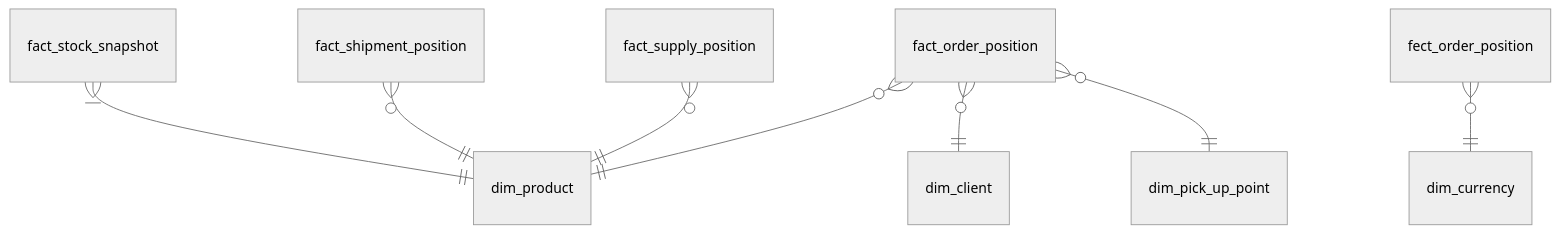
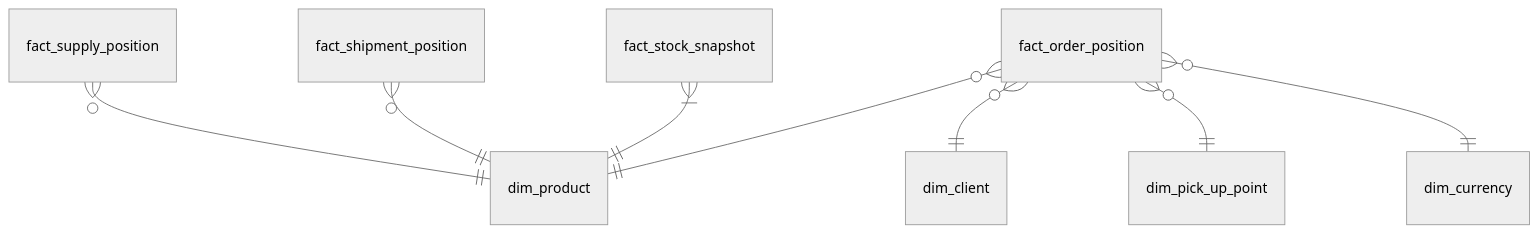
The first of 9 diagrams in docs/db_schema/Базовые ввитрины.md (vgorbikov/dq-practice), drawn with Mermaid (neutral theme) before and after one commit. The commit also changed 1 other file, not shown here.

Commit message:
fix base DM schema

````diff
--- a/docs/db_schema/Базовые ввитрины.md
+++ b/docs/db_schema/Базовые ввитрины.md
@@ -27,12 +27,12 @@
 ```mermaid
 erDiagram
 
 fact_order_position }o--|| dim_product : ""
 fact_order_position }o--|| dim_client : ""
 fact_order_position }o--|| dim_pick_up_point : ""
-fect_order_position }o--|| dim_currency : ""
+fact_order_position }o--|| dim_currency : ""
 
 fact_supply_position }o--|| dim_product : ""
 fact_shipment_position }o--|| dim_product : ""
 fact_stock_snapshot }|--|| dim_product : ""
 ```
````
